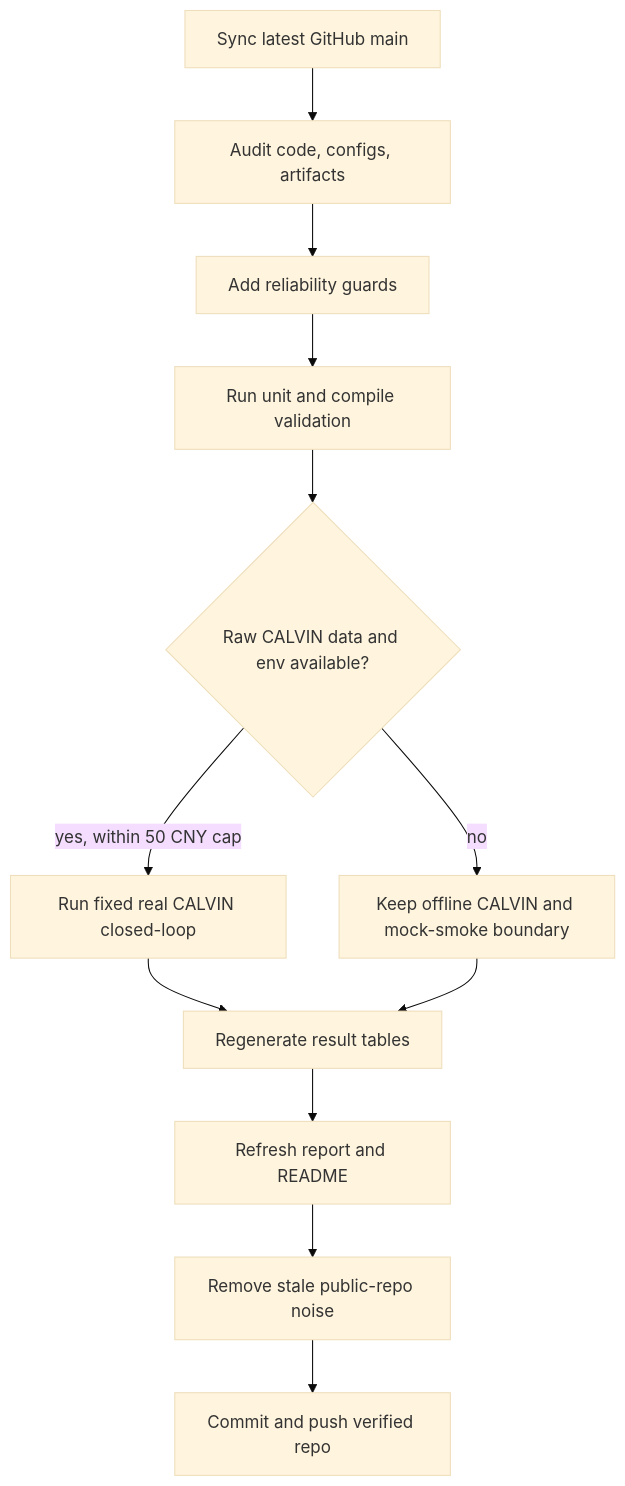
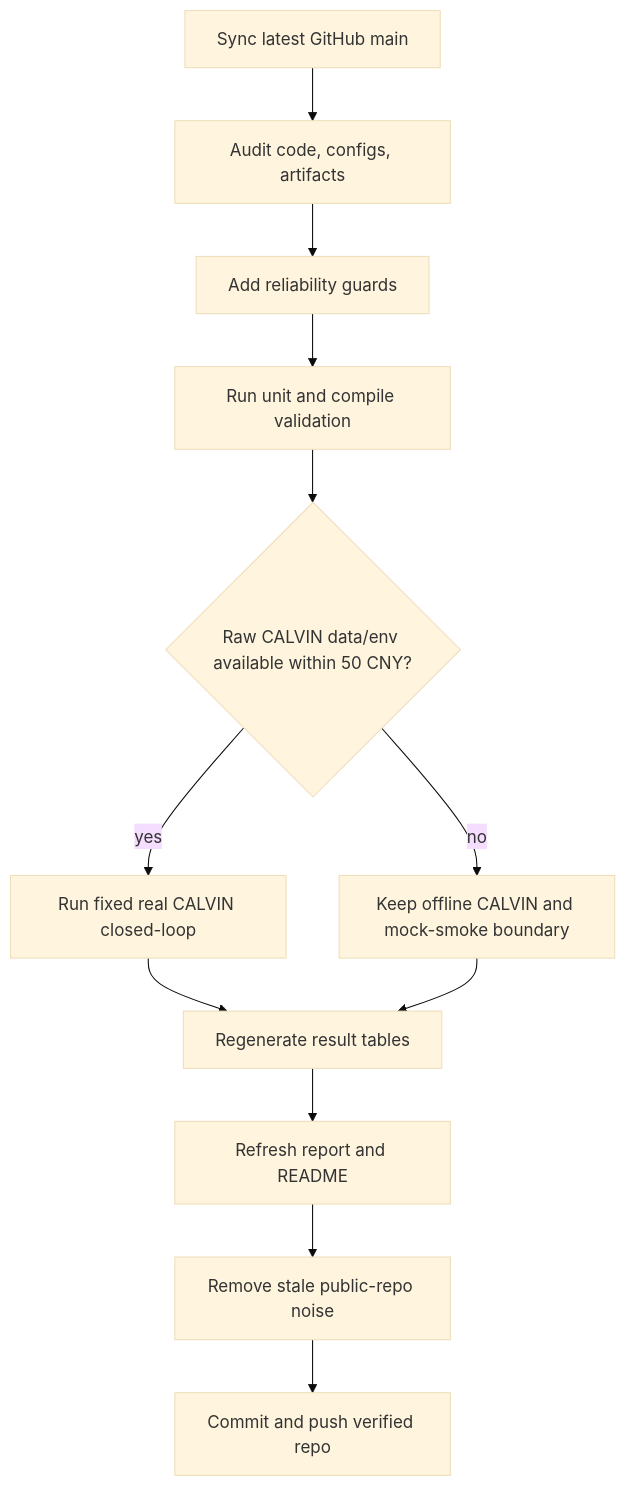
One commit to YichengDraw/videoworld2-idm-calvin-gate changed the diagram in docs/architecture/experiment_flow.mmd. Above: the diagram before and after it, drawn with Mermaid (base theme). The commit also changed 15 other files, not shown here.

```diff
--- a/docs/architecture/experiment_flow.mmd
+++ b/docs/architecture/experiment_flow.mmd
@@ -1,12 +1,12 @@
 flowchart TB
   start["Sync latest GitHub main"] --> audit["Audit code, configs, artifacts"]
   audit --> guards["Add reliability guards"]
   guards --> tests["Run unit and compile validation"]
-  tests --> rerun{"Raw CALVIN data and env available?"}
-  rerun -->|yes, within 50 CNY cap| real["Run fixed real CALVIN closed-loop"]
+  tests --> rerun{"Raw CALVIN data/env available within 50 CNY?"}
+  rerun -->|yes| real["Run fixed real CALVIN closed-loop"]
   rerun -->|no| offline["Keep offline CALVIN and mock-smoke boundary"]
   real --> table["Regenerate result tables"]
   offline --> table
   table --> report["Refresh report and README"]
   report --> cleanup["Remove stale public-repo noise"]
   cleanup --> push["Commit and push verified repo"]
```
